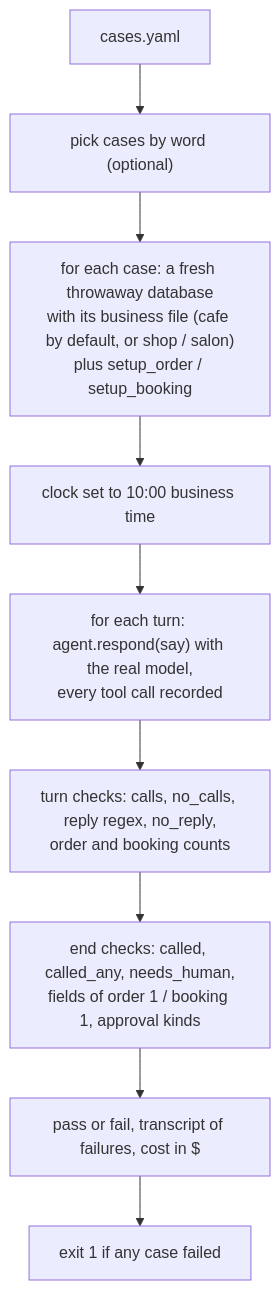
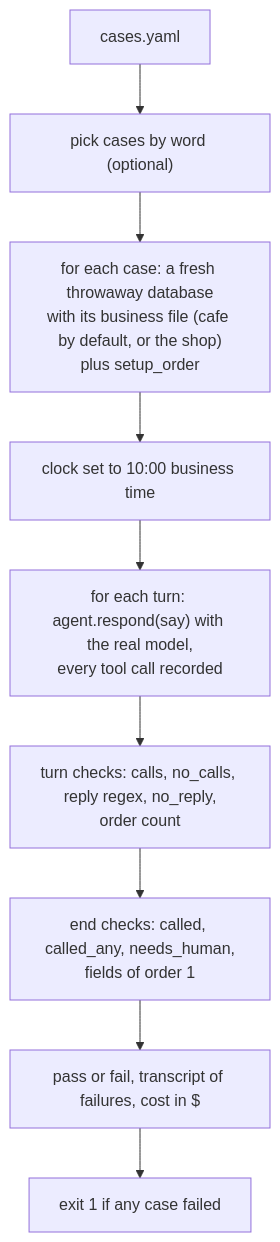
One commit to NiloyBhattacharjee/MITUai changed diagram 24 of 25 in README.md. Above: the diagram before and after it, drawn with Mermaid. The commit also changed other lines of this file and 26 other files, not shown here.

````diff
--- a/README.md
+++ b/README.md
@@ -1099,11 +1013,11 @@
 ```mermaid
 flowchart TD
     Y["cases.yaml"] --> F["pick cases by word (optional)"]
-    F --> D["for each case: a fresh throwaway database<br/>with its business file (cafe by default, or shop / salon)<br/>plus setup_order / setup_booking"]
+    F --> D["for each case: a fresh throwaway database<br/>with its business file (cafe by default, or the shop)<br/>plus setup_order"]
     D --> K["clock set to 10:00 business time"]
     K --> T["for each turn: agent.respond(say) with the real model,<br/>every tool call recorded"]
-    T --> C1["turn checks: calls, no_calls, reply regex, no_reply,<br/>order and booking counts"]
-    C1 --> C2["end checks: called, called_any, needs_human,<br/>fields of order 1 / booking 1, approval kinds"]
+    T --> C1["turn checks: calls, no_calls, reply regex, no_reply,<br/>order count"]
+    C1 --> C2["end checks: called, called_any, needs_human,<br/>fields of order 1"]
     C2 --> R["pass or fail, transcript of failures, cost in $"]
     R --> X["exit 1 if any case failed"]
 ```
````
